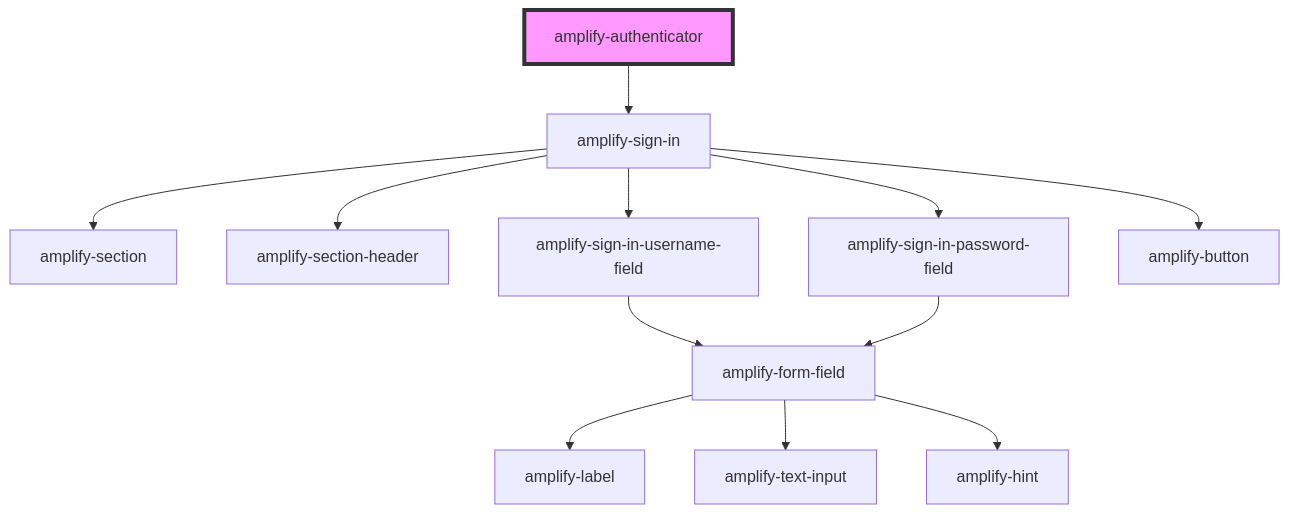
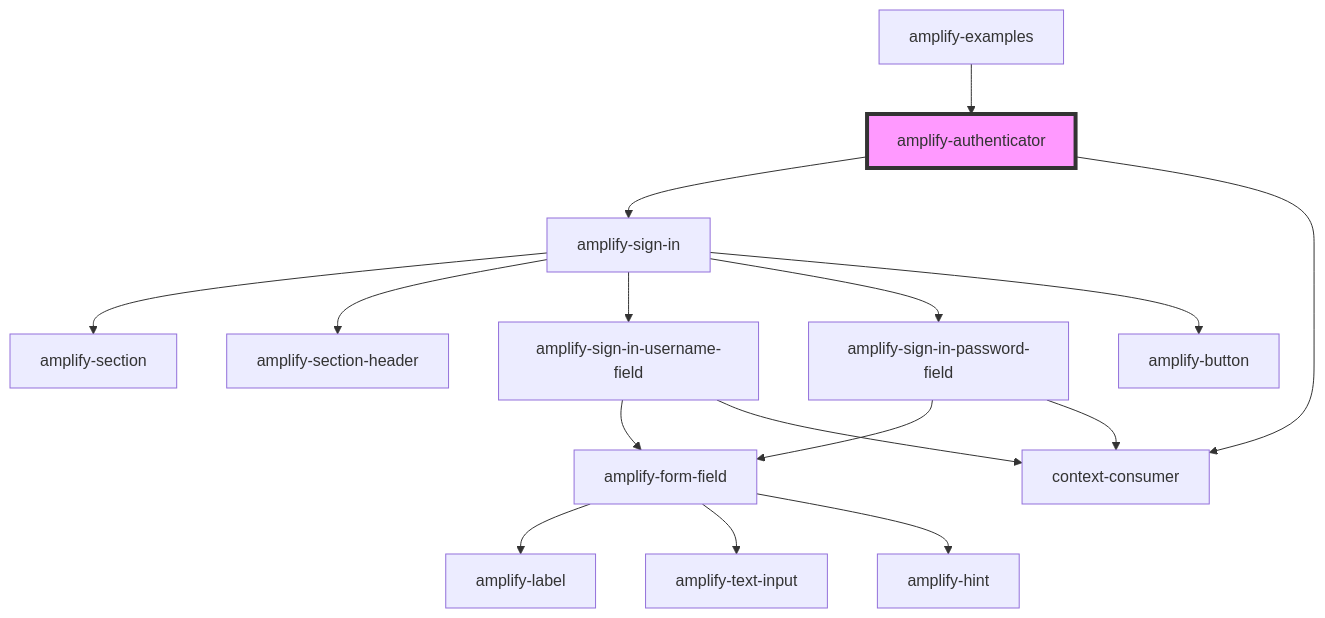
The diagram in packages/amplify-ui-components/src/components/amplify-authenticator/readme.md (aws-amplify/amplify-js), drawn with Mermaid before and after one commit. The commit also changed other lines of this file and 19 other files, not shown here.

````diff
--- a/packages/amplify-ui-components/src/components/amplify-authenticator/readme.md
+++ b/packages/amplify-ui-components/src/components/amplify-authenticator/readme.md
@@ -30,15 +35,19 @@
 ```mermaid
 graph TD;
   amplify-authenticator --> amplify-sign-in
+  amplify-authenticator --> context-consumer
   amplify-sign-in --> amplify-section
   amplify-sign-in --> amplify-section-header
   amplify-sign-in --> amplify-sign-in-username-field
   amplify-sign-in --> amplify-sign-in-password-field
   amplify-sign-in --> amplify-button
   amplify-sign-in-username-field --> amplify-form-field
+  amplify-sign-in-username-field --> context-consumer
   amplify-form-field --> amplify-label
   amplify-form-field --> amplify-text-input
   amplify-form-field --> amplify-hint
   amplify-sign-in-password-field --> amplify-form-field
+  amplify-sign-in-password-field --> context-consumer
+  amplify-examples --> amplify-authenticator
   style amplify-authenticator fill:#f9f,stroke:#333,stroke-width:4px
 ```
````
